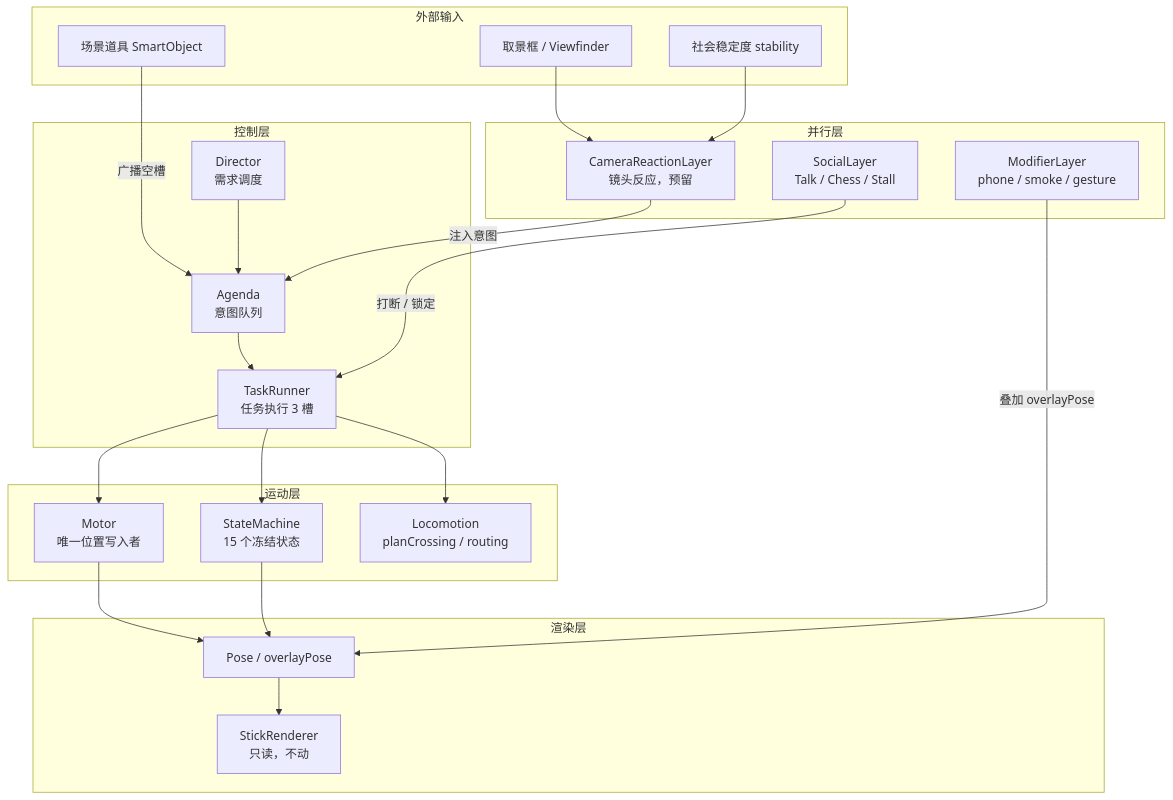
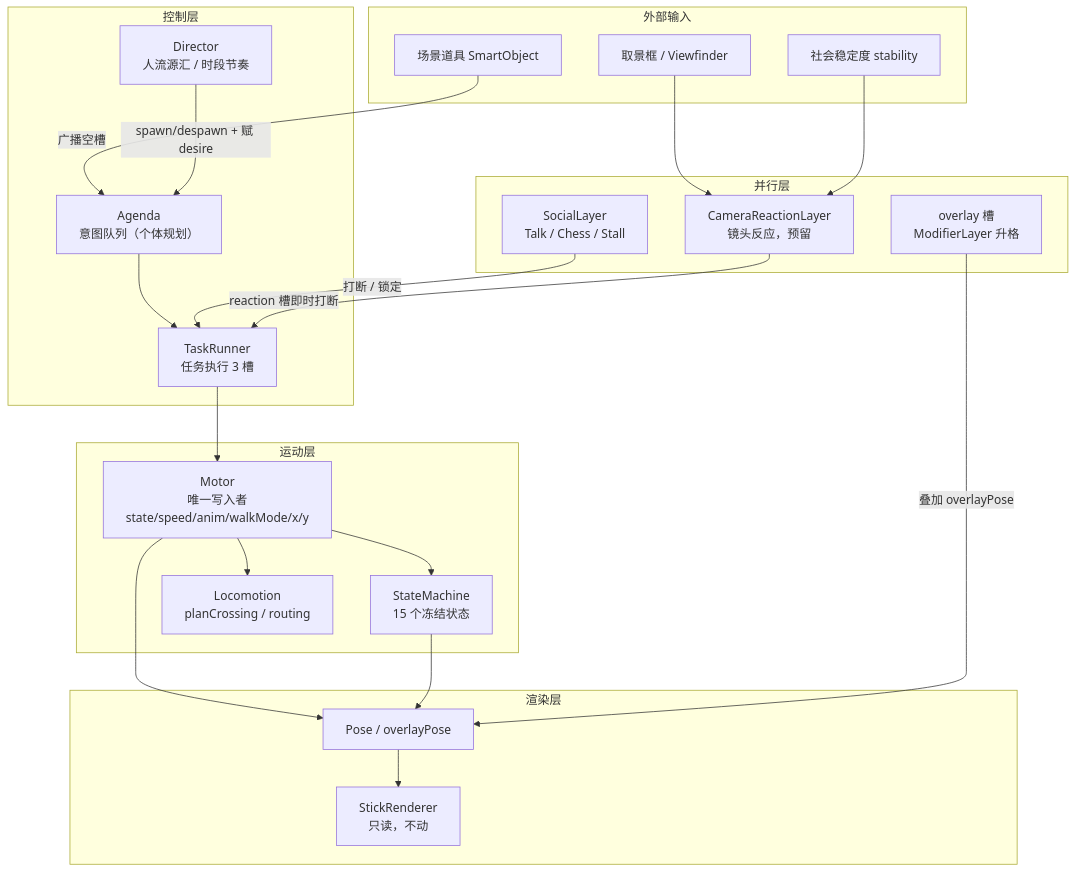
Before and after one commit to zxlzzz/news-game: the first of 4 diagrams in docs/behavior-design.md, drawn with Mermaid. The commit also changed other lines of this file, not shown here.

````diff
--- a/docs/behavior-design.md
+++ b/docs/behavior-design.md
@@ -10,49 +10,49 @@
 ```mermaid
 graph TD
   subgraph 外部输入
     CAM[取景框 / Viewfinder]
     STAB[社会稳定度 stability]
     SCENE[场景道具 SmartObject]
   end
 
   subgraph 控制层
-    DIR[Director<br/>需求调度]
-    AGE[Agenda<br/>意图队列]
+    DIR[Director<br/>人流源汇 / 时段节奏]
+    AGE[Agenda<br/>意图队列（个体规划）]
     TR[TaskRunner<br/>任务执行 3 槽]
   end
 
   subgraph 运动层
-    MOT[Motor<br/>唯一位置写入者]
+    MOT[Motor<br/>唯一写入者<br/>state/speed/anim/walkMode/x/y]
     SM[StateMachine<br/>15 个冻结状态]
     LOC[Locomotion<br/>planCrossing / routing]
   end
 
   subgraph 渲染层
     POSE[Pose / overlayPose]
     REND[StickRenderer<br/>只读，不动]
   end
 
   subgraph 并行层
     SOC[SocialLayer<br/>Talk / Chess / Stall]
-    MOD[ModifierLayer<br/>phone / smoke / gesture]
+    OVL[overlay 槽<br/>ModifierLayer 升格]
     CAM_R[CameraReactionLayer<br/>镜头反应，预留]
   end
 
   SCENE -->|广播空槽| AGE
   CAM --> CAM_R
   STAB --> CAM_R
 
-  DIR --> AGE
+  DIR -->|spawn/despawn + 赋 desire| AGE
   AGE --> TR
   TR --> MOT
-  TR --> SM
-  TR --> LOC
+  MOT --> SM
+  MOT --> LOC
 
   MOT --> POSE
   SM --> POSE
   POSE --> REND
 
   SOC -->|打断 / 锁定| TR
-  MOD -->|叠加 overlayPose| POSE
-  CAM_R -->|注入意图| AGE
+  OVL -->|叠加 overlayPose| POSE
+  CAM_R -->|reaction 槽即时打断| TR
 ```
````
